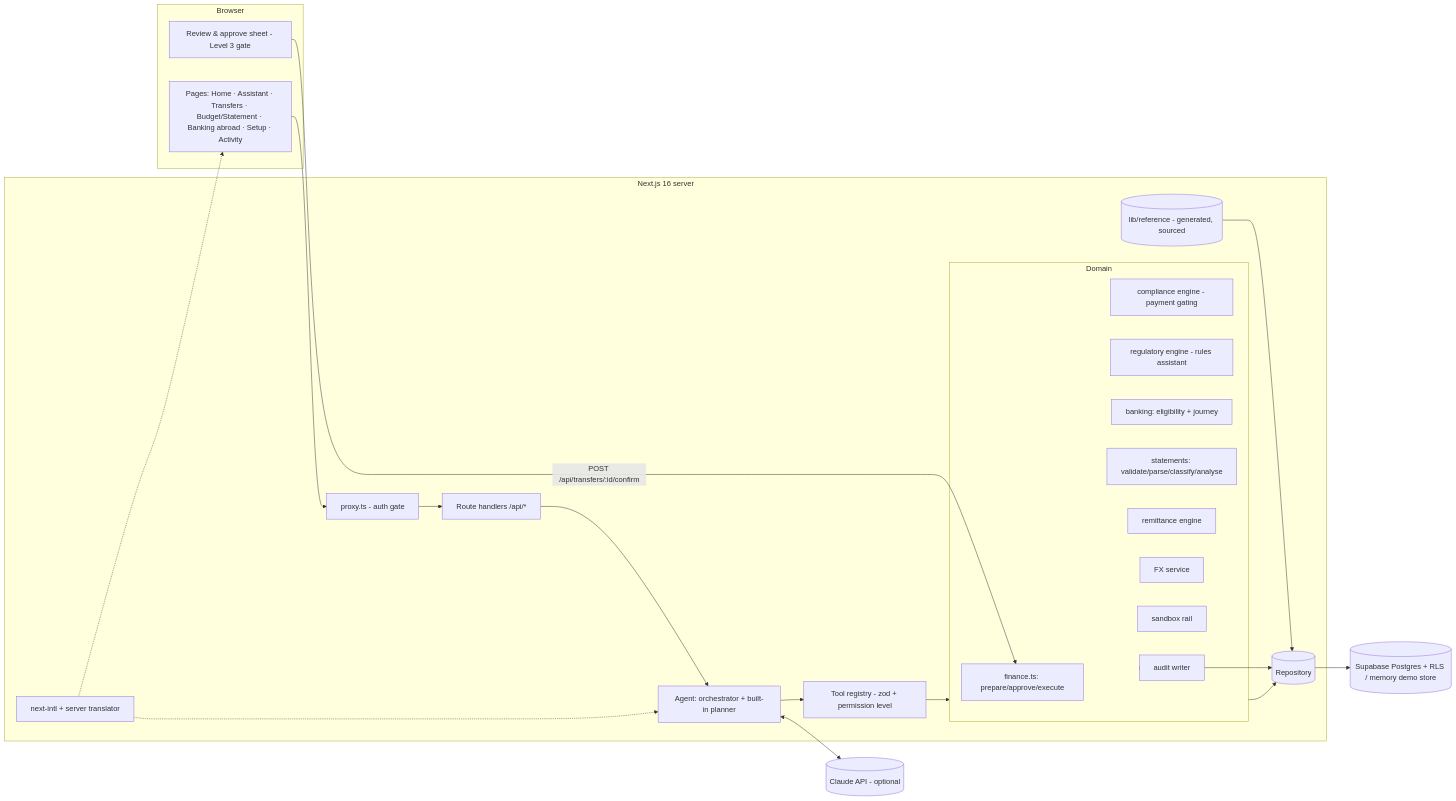
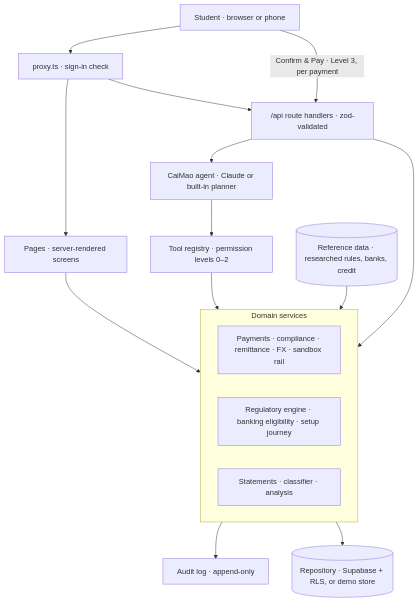
One commit to shakentests9-pixel/caimao_V1 changed the diagram in docs/technical-documentation.md. Above: the diagram before and after it, drawn with Mermaid.

Commit message:
Docs: simpler, legible architecture diagram
Claude-Session: https://claude.ai/code/session_0148dJyYeT5uZ1wcizExoxVV

````diff
--- a/docs/technical-documentation.md
+++ b/docs/technical-documentation.md
@@ -22,37 +22,21 @@
 ```mermaid
-flowchart LR
-  subgraph Browser
-    UI[Pages: Home · Assistant · Transfers · Budget/Statement · Banking abroad · Setup · Activity]
-    RV[Review & approve sheet - Level 3 gate]
+flowchart TB
+  U["Student · browser or phone"] --> PX["proxy.ts · sign-in check"]
+  PX --> PG["Pages · server-rendered screens"]
+  PX --> API["/api route handlers · zod-validated"]
+  U -- "Confirm & Pay · Level 3, per payment" --> API
+  API --> AG["CaiMao agent · Claude or built-in planner"]
+  AG --> TR["Tool registry · permission levels 0–2"]
+  TR --> DOM
+  API --> DOM
+  PG --> DOM
+  subgraph DOM["Domain services"]
+    direction LR
+    E1["Payments · compliance · remittance · FX · sandbox rail"]
+    E2["Regulatory engine · banking eligibility · setup journey"]
+    E3["Statements · classifier · analysis"]
   end
-  subgraph Server[Next.js 16 server]
-    PX[proxy.ts - auth gate]
-    API[Route handlers /api/*]
-    AG[Agent: orchestrator + built-in planner]
-    TR[Tool registry - zod + permission level]
-    subgraph Domain
-      FIN[finance.ts: prepare/approve/execute]
-      CMP[compliance engine - payment gating]
-      REG[regulatory engine - rules assistant]
-      BNK[banking: eligibility + journey]
-      STM[statements: validate/parse/classify/analyse]
-      RMT[remittance engine]
-      FX[FX service]
-      SBX[sandbox rail]
-      AUD[audit writer]
-    end
-    REF[(lib/reference - generated, sourced)]
-    I18N[next-intl + server translator]
-    REPO[(Repository)]
-  end
-  LLM[(Claude API - optional)]
-  DB[(Supabase Postgres + RLS / memory demo store)]
-  UI --> PX --> API
-  API --> AG --> TR --> Domain
-  AG <--> LLM
-  RV -->|POST /api/transfers/:id/confirm| FIN
-  Domain --> REPO --> DB
-  REF --> REPO
-  Domain --> AUD --> REPO
-  I18N -.-> UI & AG
+  DOM --> AUD["Audit log · append-only"]
+  DOM --> REPO[("Repository · Supabase + RLS, or demo store")]
+  REF[("Reference data · researched rules, banks, credit")] --> DOM
 ```
````
